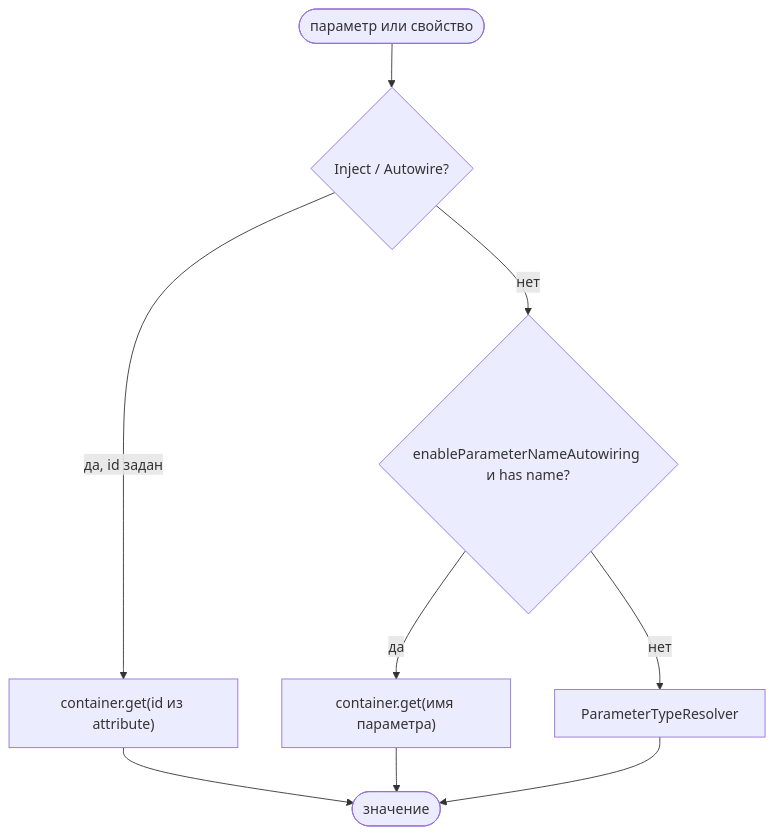
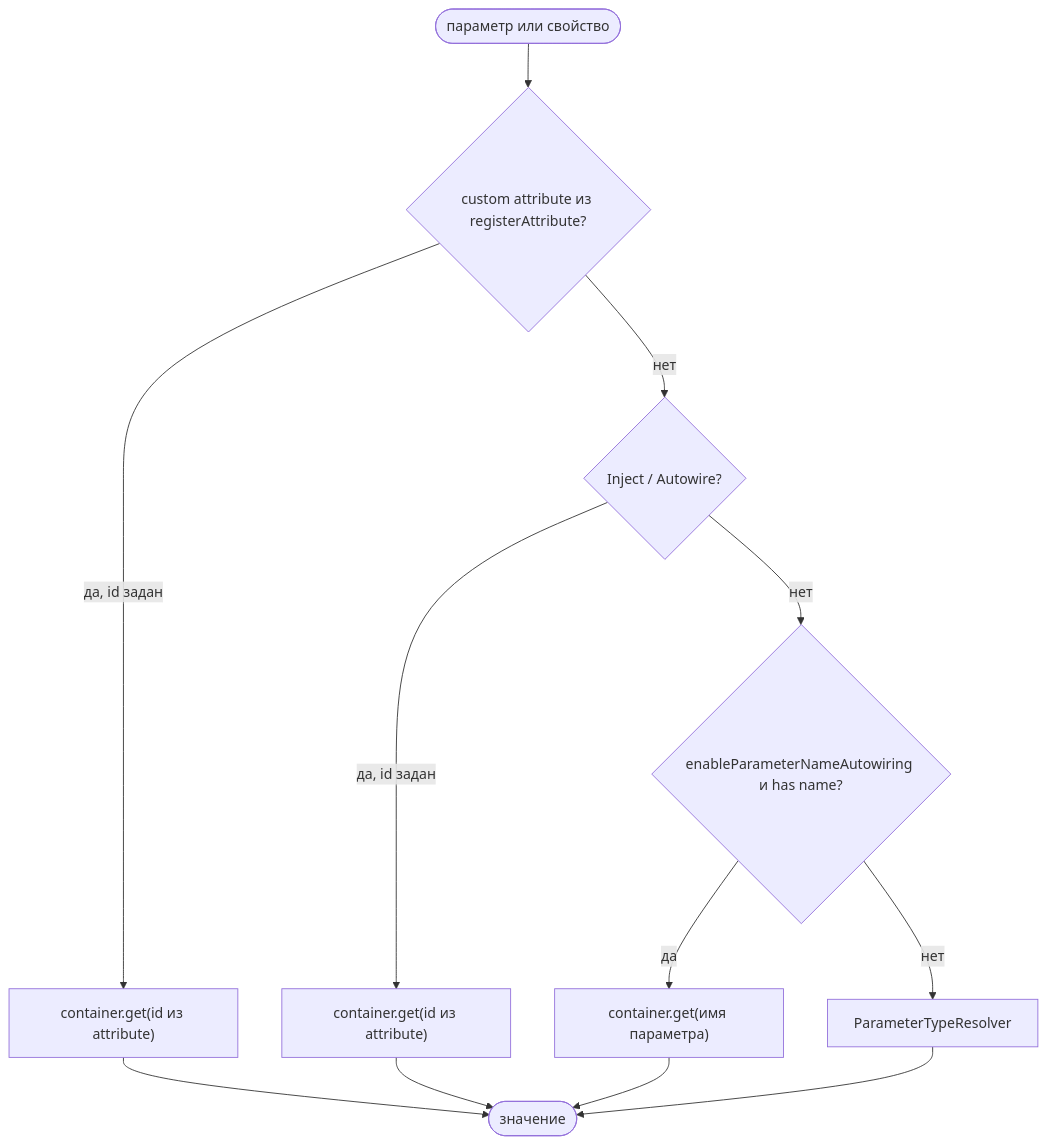
Before and after one commit to cloudcastle-apps/di: the fifth of 22 diagrams in wiki/Architecture.md, drawn with Mermaid. The commit also changed other lines of this file and 92 other files, not shown here.

First line of the commit message:
feat: ContainerConfigurator и registerAttribute (v1.5.0)

````diff
--- a/wiki/Architecture.md
+++ b/wiki/Architecture.md
@@ -195,11 +255,14 @@
 ```mermaid
 flowchart TD
-    Start([параметр или свойство]) --> Attr{Inject / Autowire?}
+    Start([параметр или свойство]) --> Custom{custom attribute из registerAttribute?}
+    Custom -->|да, id задан| GetCustom["container.get(id из attribute)"]
+    Custom -->|нет| Attr{Inject / Autowire?}
     Attr -->|да, id задан| GetAttr["container.get(id из attribute)"]
     Attr -->|нет| Name{enableParameterNameAutowiring и has name?}
     Name -->|да| GetName["container.get(имя параметра)"]
     Name -->|нет| Type[ParameterTypeResolver]
-    GetAttr --> End([значение])
+    GetCustom --> End([значение])
+    GetAttr --> End
     GetName --> End
     Type --> End
 ```
````
